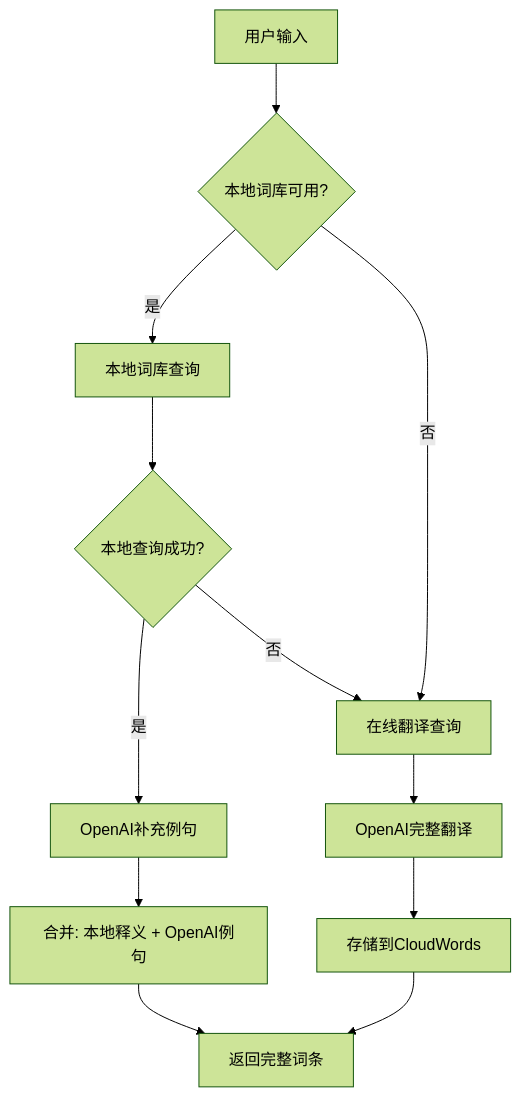
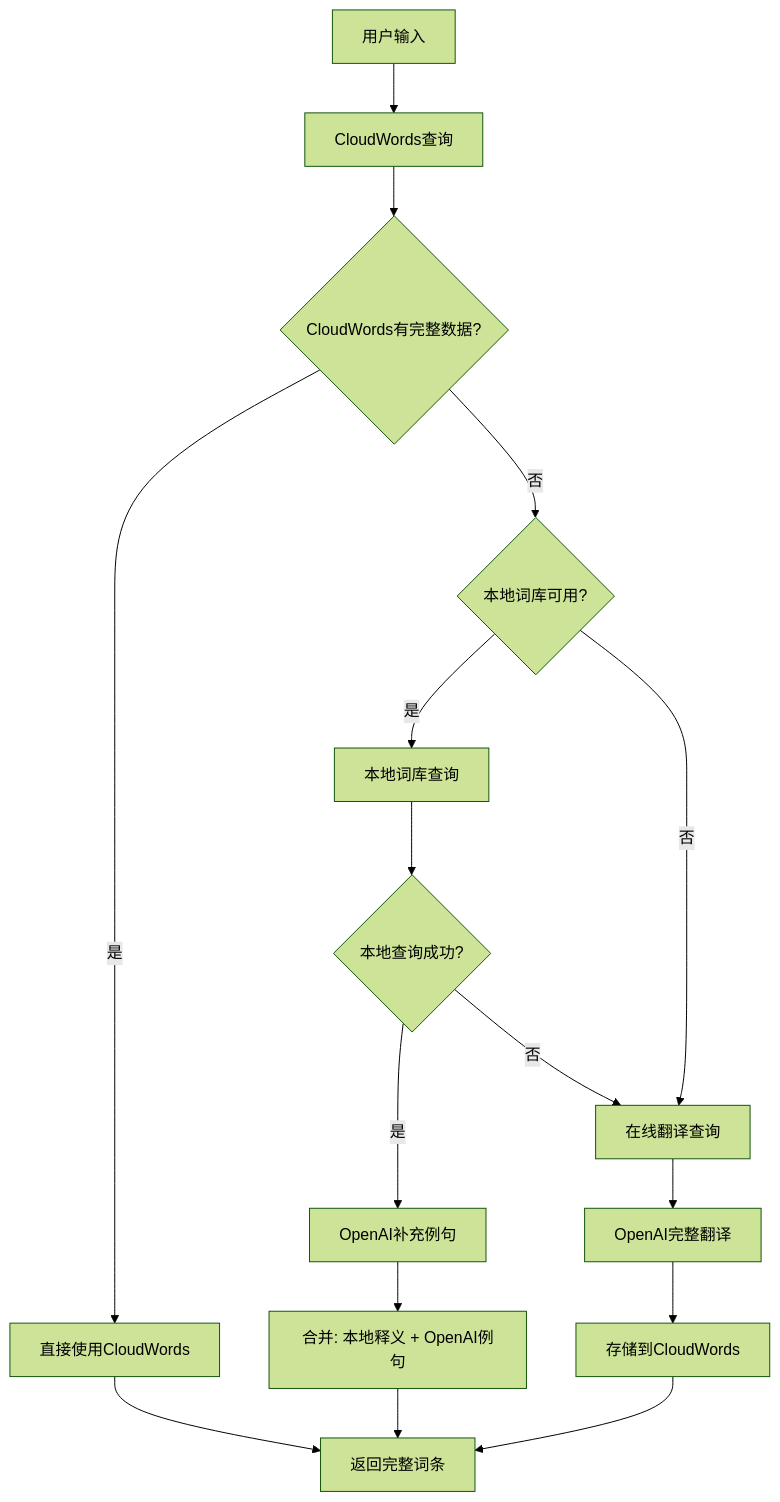
Before and after one commit to tannibunni/dramawordv2: the diagram in apps/mobile/src/services/hybridQueryService/README.md, drawn with Mermaid (forest theme). The commit also changed other lines of this file and 2 other files, not shown here.

Commit message:
feat: 优化CloudWords查询策略
- 实现CloudWords优先查询策略
- 先查询CloudWords现有数据，避免重复OpenAI调用
- 添加CloudWords数据完整性检查
- 优化查询流程：CloudWords → 本地词库 → 在线翻译 → OpenAI
- 支持cloudwords_complete合并策略
- 添加queryExistingCloudWords和generateNewCloudWordsData方法
- 更新文档说明优化后的查询流程
- 提升查询性能和用户体验

````diff
--- a/apps/mobile/src/services/hybridQueryService/README.md
+++ b/apps/mobile/src/services/hybridQueryService/README.md
@@ -29,17 +29,22 @@
 ```mermaid
 graph TD
-    A[用户输入] --> B{本地词库可用?}
-    B -->|是| C[本地词库查询]
-    B -->|否| D[在线翻译查询]
+    A[用户输入] --> B[CloudWords查询]
+    B --> C{CloudWords有完整数据?}
+    C -->|是| D[直接使用CloudWords]
+    C -->|否| E{本地词库可用?}
     
-    C --> E{本地查询成功?}
-    E -->|是| F[OpenAI补充例句]
-    E -->|否| D
+    E -->|是| F[本地词库查询]
+    E -->|否| G[在线翻译查询]
     
-    D --> G[OpenAI完整翻译]
-    F --> H[合并: 本地释义 + OpenAI例句]
-    G --> I[存储到CloudWords]
+    F --> H{本地查询成功?}
+    H -->|是| I[OpenAI补充例句]
+    H -->|否| G
     
-    H --> J[返回完整词条]
-    I --> J
+    G --> J[OpenAI完整翻译]
+    I --> K[合并: 本地释义 + OpenAI例句]
+    J --> L[存储到CloudWords]
+    
+    D --> M[返回完整词条]
+    K --> M
+    L --> M
 ```
````
